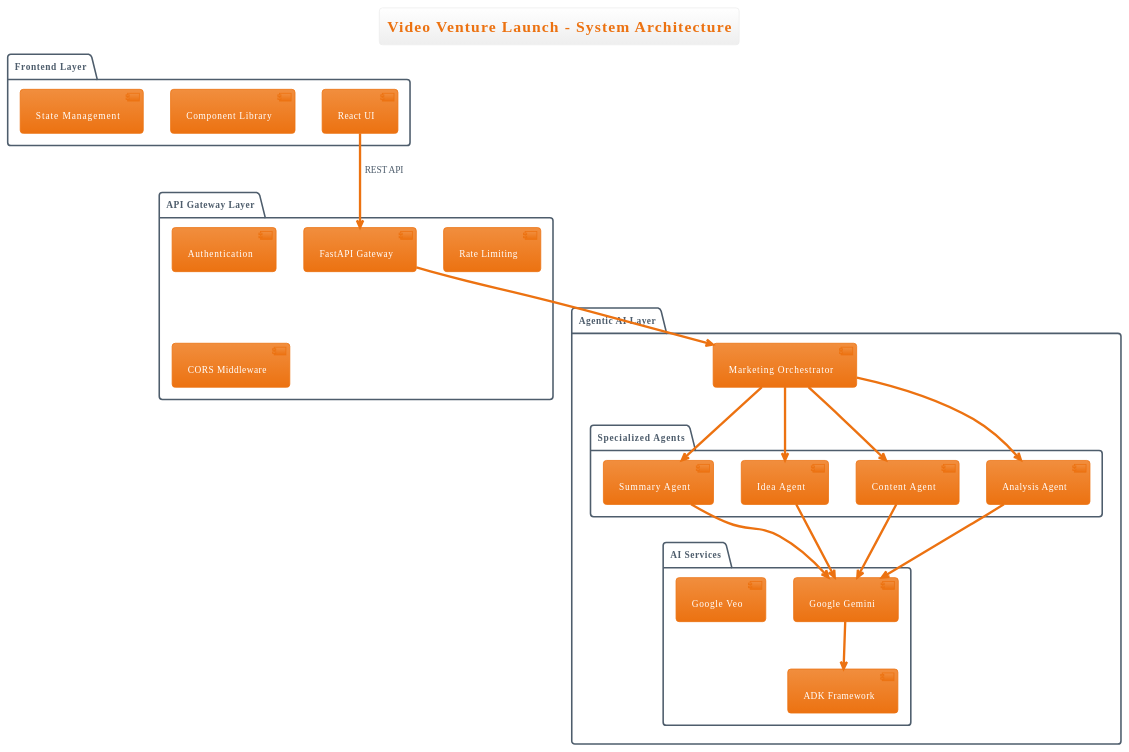
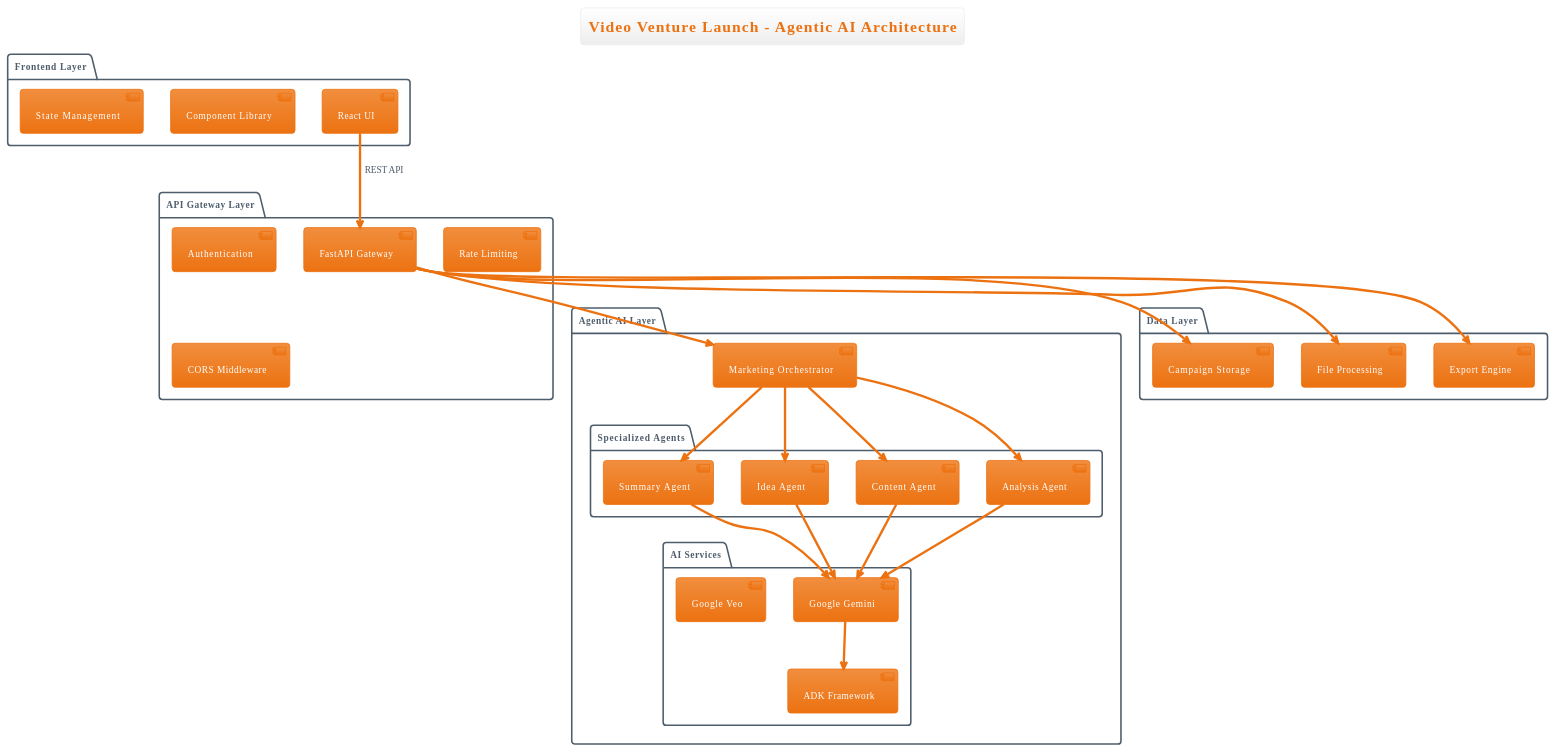
Before and after one commit to yongkanghe/Agentic-Marketing-Campaign-Generator: the first of 2 diagrams in README.md, drawn with PlantUML. The commit also changed other lines of this file, not shown here.

````diff
--- a/README.md
+++ b/README.md
@@ -30,46 +45,55 @@
 ```plantuml
-@startuml Video Venture Launch - System Architecture
+@startuml Video Venture Launch - Agentic AI Architecture
 !theme aws-orange
-title Video Venture Launch - System Architecture
+title Video Venture Launch - Agentic AI Architecture
 
 package "Frontend Layer" {
     [React UI] as UI
     [Component Library] as COMP
     [State Management] as STATE
 }
 
 package "API Gateway Layer" {
     [FastAPI Gateway] as GATEWAY
     [Authentication] as AUTH
     [Rate Limiting] as RATE
     [CORS Middleware] as CORS
 }
 
 package "Agentic AI Layer" {
     [Marketing Orchestrator] as ORCHESTRATOR
     package "Specialized Agents" {
         [Summary Agent] as SUMMARY
         [Idea Agent] as IDEA
         [Content Agent] as CONTENT
         [Analysis Agent] as ANALYSIS
     }
     package "AI Services" {
         [Google Gemini] as GEMINI
         [Google Veo] as VEO
         [ADK Framework] as ADK
     }
 }
 
+package "Data Layer" {
+    [Campaign Storage] as STORAGE
+    [File Processing] as FILES
+    [Export Engine] as EXPORT
+}
+
 UI --> GATEWAY : REST API
 GATEWAY --> ORCHESTRATOR
 ORCHESTRATOR --> SUMMARY
 ORCHESTRATOR --> IDEA
 ORCHESTRATOR --> CONTENT
 ORCHESTRATOR --> ANALYSIS
 SUMMARY --> GEMINI
 IDEA --> GEMINI
 CONTENT --> GEMINI
 ANALYSIS --> GEMINI
 GEMINI --> ADK
+GATEWAY --> STORAGE
+GATEWAY --> FILES
+GATEWAY --> EXPORT
 @enduml
 ```
````
